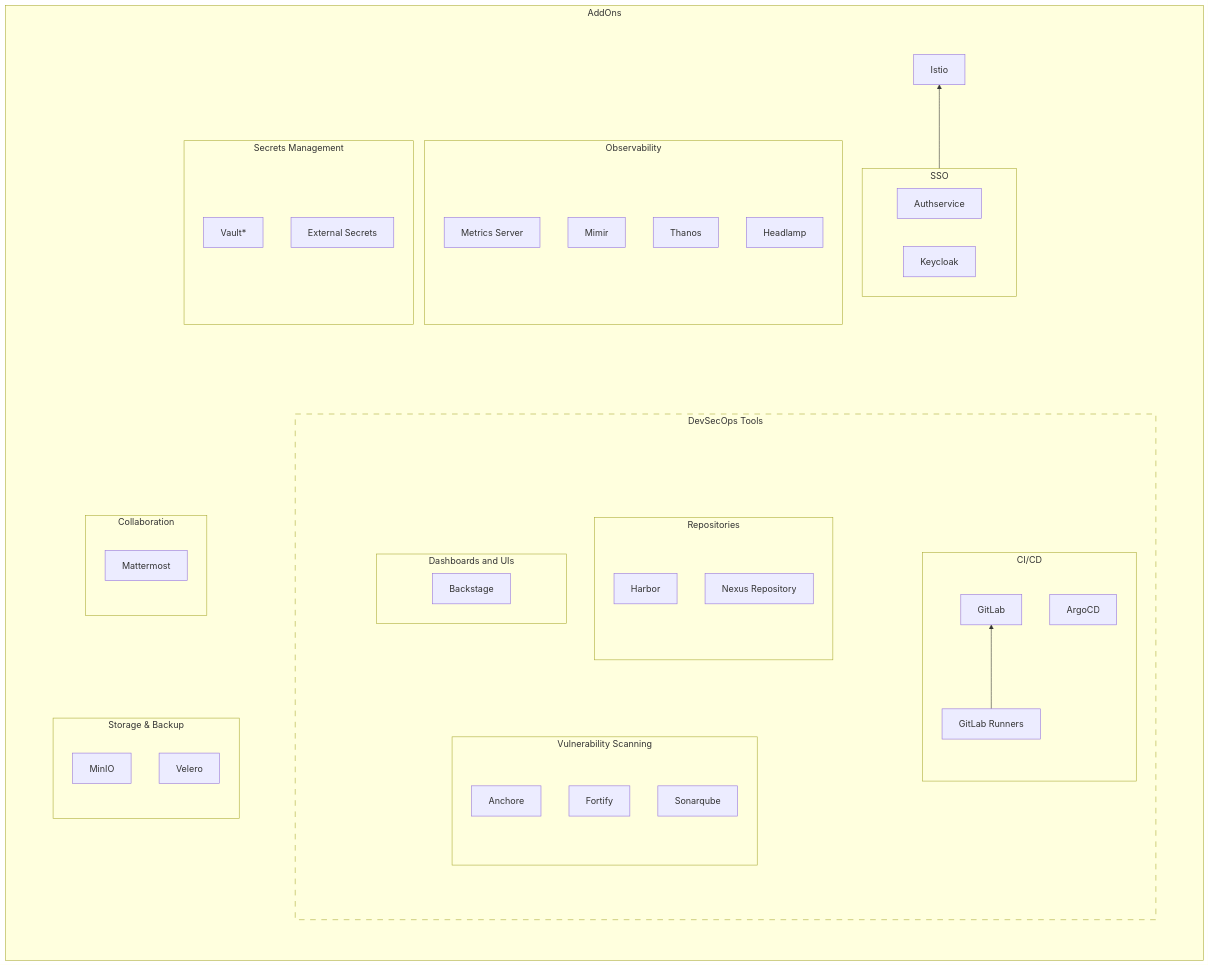
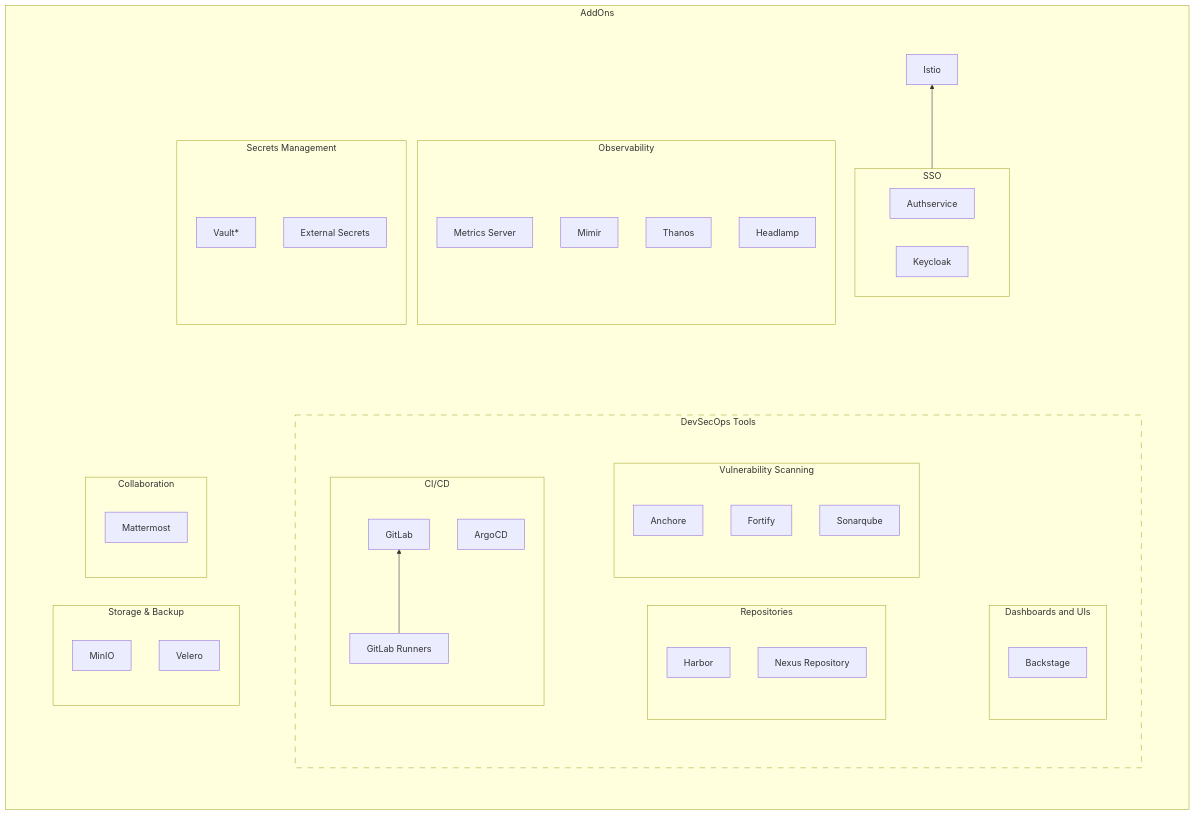
The second of 2 diagrams in docs/understanding-bigbang/package-architecture/README.md (shebashio/bigbang), drawn with Mermaid before and after one commit.

Commit message:
formatting with links

```diff
--- a/docs/understanding-bigbang/package-architecture/README.md
+++ b/docs/understanding-bigbang/package-architecture/README.md
@@ -119,37 +119,29 @@
 
       subgraph DT[DevSecOps Tools]
       style DT stroke-dasharray: 10 10
+      direction LR
         subgraph ContDeploy[CI/CD]
         direction BT
           GLRunners[GitLab Runners]
           GitLab
           ArgoCD
         end
-        subgraph DT-1[ ]
-        style DT-1 fill:transparent,stroke:transparent
-        direction LR
 
-          subgraph Scan[Vulnerability Scanning]
-          direction BT
-            Anchore
-            Fortify
-            Sonarqube
-          end
+        subgraph Scan[Vulnerability Scanning]
+        direction BT
+          Anchore
+          Fortify
+          Sonarqube
+        end
+        subgraph Repo[Repositories]
+        direction BT
+          Harbor
+          Nexus[Nexus Repository]
+        end
+        subgraph UI[Dashboards and UIs]
+          Backstage
+        end
 
-          subgraph DT-2[ ]
-          style DT-2 fill:transparent,stroke:transparent
-          direction BT
-            subgraph Repo[Repositories]
-            direction BT
-              Harbor
-              Nexus[Nexus Repository]
-            end
-            subgraph UI[Dashboards and UIs]
-              Backstage
-            end
-          end
-
-        end
       end
 
       subgraph Collab[Collaboration]
@@ -206,6 +198,10 @@
     Collab ~~~ DT
     Storage ~~~ DT
 
+    ContDeploy ~~~ Scan
+    ContDeploy ~~~ Repo
+    Repo ~~~ UI
+
   end
 
 classDef invisible fill:transparent,stroke:transparent,color:transparent
```
